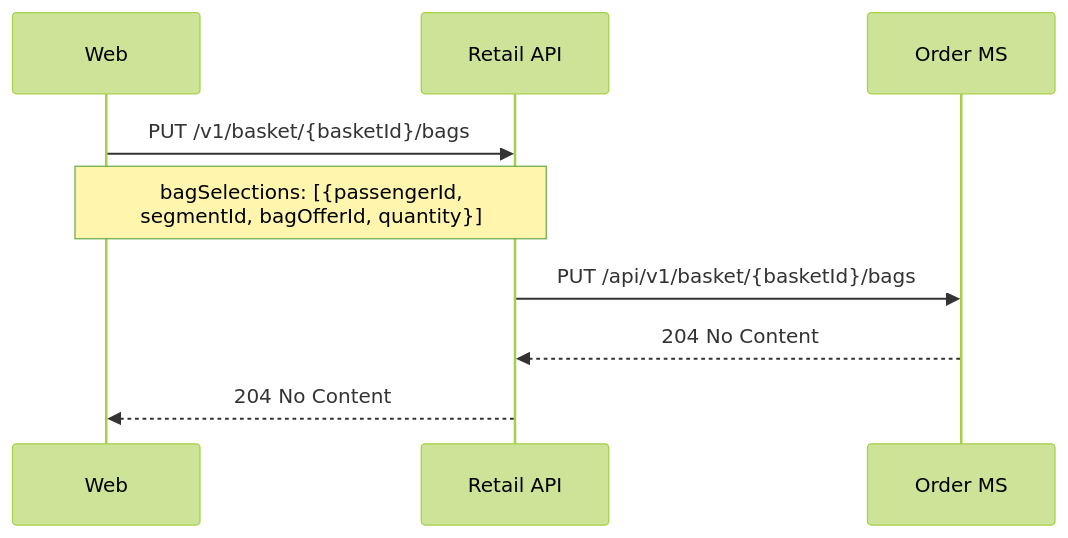
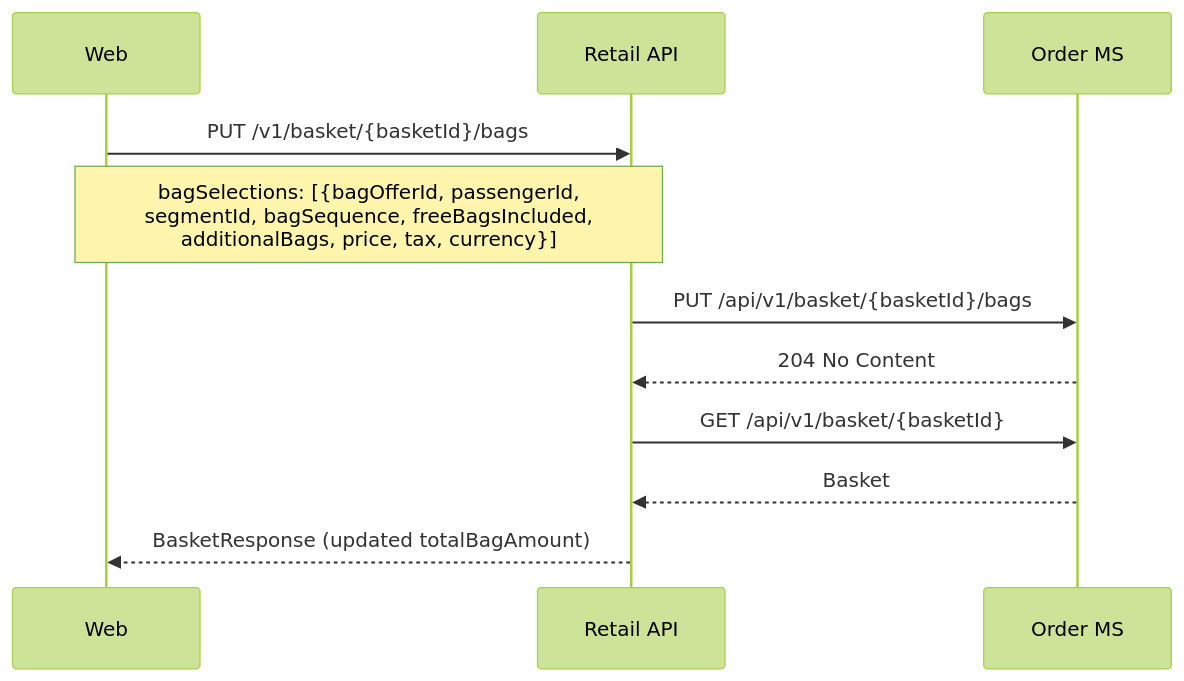
One commit to sebharvey/airline-reservation-system changed the fourth of 8 diagrams in documentation/sequences/order.md. Above: the diagram before and after it, drawn with Mermaid (forest theme). The commit also changed other lines of this file and 1 other file, not shown here.

First line of the commit message:
Update seatmap, bag offers, seat and bag basket sequences to match implementation

````diff
--- a/documentation/sequences/order.md
+++ b/documentation/sequences/order.md
@@ -69,12 +84,17 @@
 ```mermaid
 sequenceDiagram
     participant Web
     participant RetailAPI as Retail API
     participant OrderMS as Order MS
 
     Web->>RetailAPI: PUT /v1/basket/{basketId}/bags
-    Note over Web,RetailAPI: bagSelections: [{passengerId,<br/>segmentId, bagOfferId, quantity}]
+    Note over Web,RetailAPI: bagSelections: [{bagOfferId, passengerId,<br/>segmentId, bagSequence, freeBagsIncluded,<br/>additionalBags, price, tax, currency}]
+
     RetailAPI->>OrderMS: PUT /api/v1/basket/{basketId}/bags
     OrderMS-->>RetailAPI: 204 No Content
-    RetailAPI-->>Web: 204 No Content
+
+    RetailAPI->>OrderMS: GET /api/v1/basket/{basketId}
+    OrderMS-->>RetailAPI: Basket
+
+    RetailAPI-->>Web: BasketResponse (updated totalBagAmount)
 ```
````
